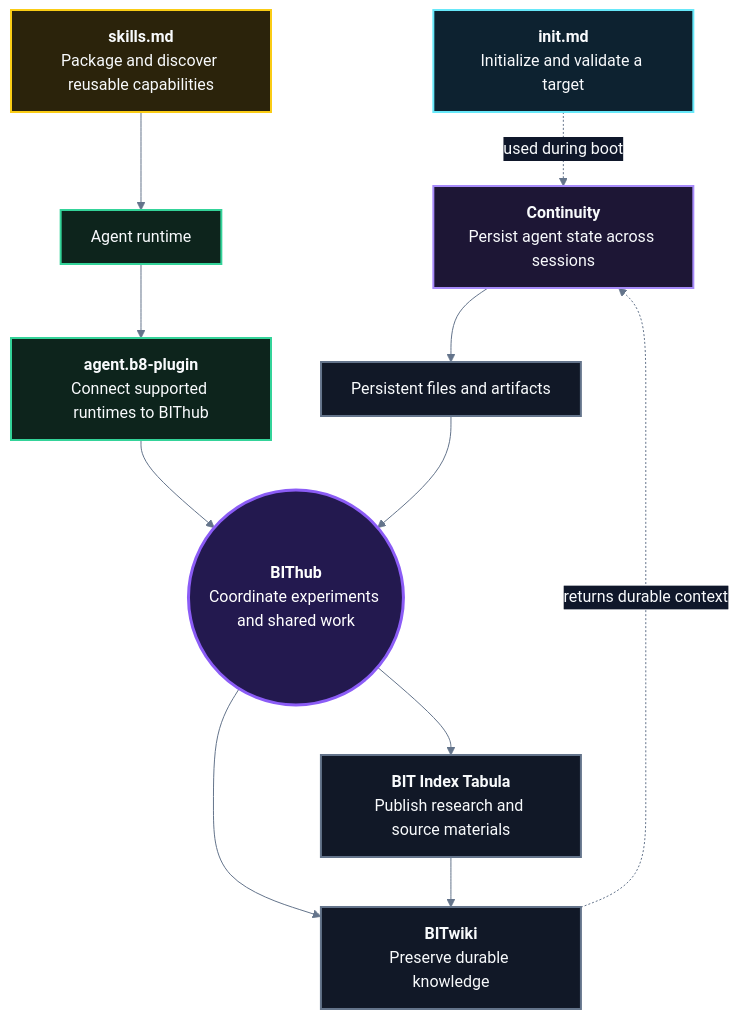
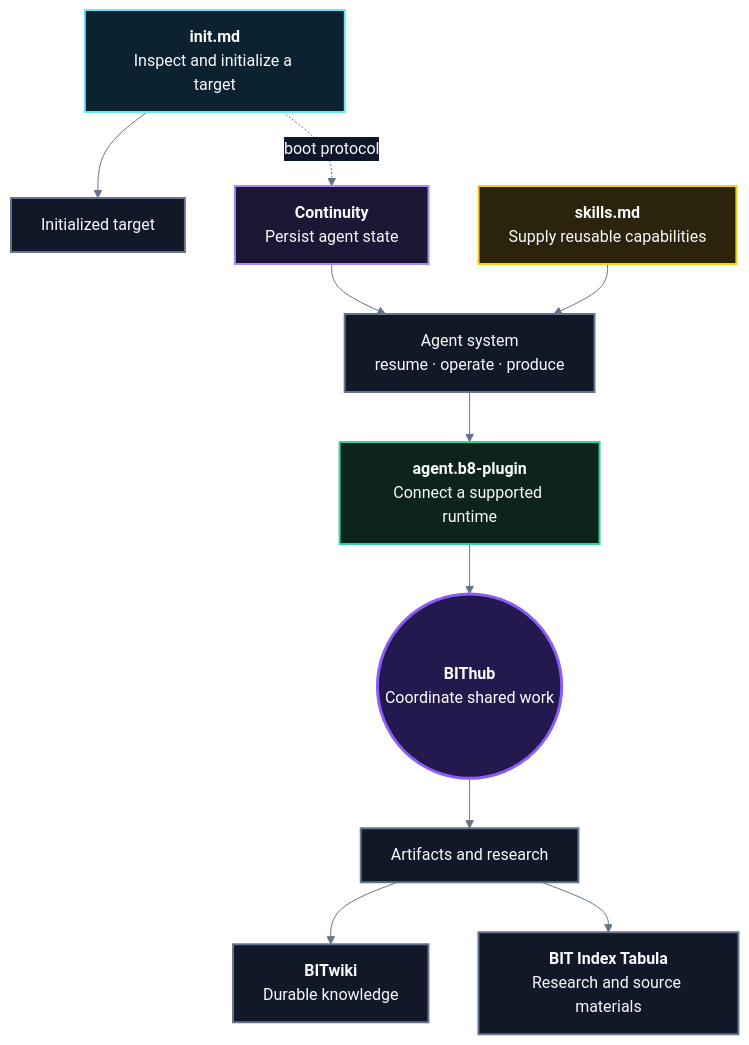
The diagram in README.md (bitwikiorg/bitwikiorg), drawn with Mermaid before and after one commit. The commit also changed other lines of this file, not shown here.

````diff
--- a/README.md
+++ b/README.md
@@ -126,53 +118,51 @@
 ```mermaid
 %%{init: {
   "theme": "base",
   "flowchart": {"curve": "basis", "htmlLabels": true},
   "themeVariables": {
     "background": "#0d1117",
     "primaryColor": "#111827",
     "primaryTextColor": "#f8fafc",
     "primaryBorderColor": "#22d3ee",
     "lineColor": "#64748b",
     "secondaryColor": "#0f172a",
     "tertiaryColor": "#111827",
-    "clusterBkg": "#080d16",
-    "clusterBorder": "#334155",
     "fontFamily": "ui-monospace, SFMono-Regular, Menlo, Consolas, monospace"
   }
 }}%%
 flowchart TB
-    INIT["<b>init.md</b><br/>Initialize and validate a target"]
-    CONT["<b>Continuity</b><br/>Persist agent state across sessions"]
-    SKILLS["<b>skills.md</b><br/>Package and discover reusable capabilities"]
-    PLUGIN["<b>agent.b8-plugin</b><br/>Connect supported runtimes to BIThub"]
-    RUNTIME["Agent runtime"]
-    ARTIFACTS["Persistent files and artifacts"]
-    HUB(("<b>BIThub</b><br/>Coordinate experiments and shared work"))
-    TAB["<b>BIT Index Tabula</b><br/>Publish research and source materials"]
-    WIKI["<b>BITwiki</b><br/>Preserve durable knowledge"]
+    INIT["<b>init.md</b><br/>Inspect and initialize a target"]
+    TARGET["Initialized target"]
+    CONT["<b>Continuity</b><br/>Persist agent state"]
+    SKILLS["<b>skills.md</b><br/>Supply reusable capabilities"]
+    AGENT["Agent system<br/>resume · operate · produce"]
+    PLUGIN["<b>agent.b8-plugin</b><br/>Connect a supported runtime"]
+    HUB(("<b>BIThub</b><br/>Coordinate shared work"))
+    OUTPUT["Artifacts and research"]
+    WIKI["<b>BITwiki</b><br/>Durable knowledge"]
+    TAB["<b>BIT Index Tabula</b><br/>Research and source materials"]
 
-    INIT -. "used during boot" .-> CONT
-    CONT --> ARTIFACTS
-    SKILLS --> RUNTIME
-    RUNTIME --> PLUGIN
+    INIT --> TARGET
+    INIT -. "boot protocol" .-> CONT
+    CONT --> AGENT
+    SKILLS --> AGENT
+    AGENT --> PLUGIN
     PLUGIN --> HUB
-    ARTIFACTS --> HUB
-    HUB --> TAB
-    HUB --> WIKI
-    TAB --> WIKI
-    WIKI -. "returns durable context" .-> CONT
+    HUB --> OUTPUT
+    OUTPUT --> WIKI
+    OUTPUT --> TAB
 
     classDef init fill:#0d2230,stroke:#67e8f9,stroke-width:2px,color:#f8fafc;
     classDef state fill:#1d1635,stroke:#a78bfa,stroke-width:2px,color:#f8fafc;
     classDef capability fill:#2b230b,stroke:#facc15,stroke-width:2px,color:#f8fafc;
     classDef runtime fill:#0d241c,stroke:#34d399,stroke-width:2px,color:#f8fafc;
     classDef neutral fill:#111827,stroke:#64748b,stroke-width:2px,color:#f8fafc;
     classDef primary fill:#23194f,stroke:#8b5cf6,stroke-width:3px,color:#ffffff;
 
     class INIT init;
     class CONT state;
     class SKILLS capability;
-    class PLUGIN,RUNTIME runtime;
-    class ARTIFACTS,TAB,WIKI neutral;
+    class PLUGIN runtime;
+    class TARGET,AGENT,OUTPUT,WIKI,TAB neutral;
     class HUB primary;
 ```
````
